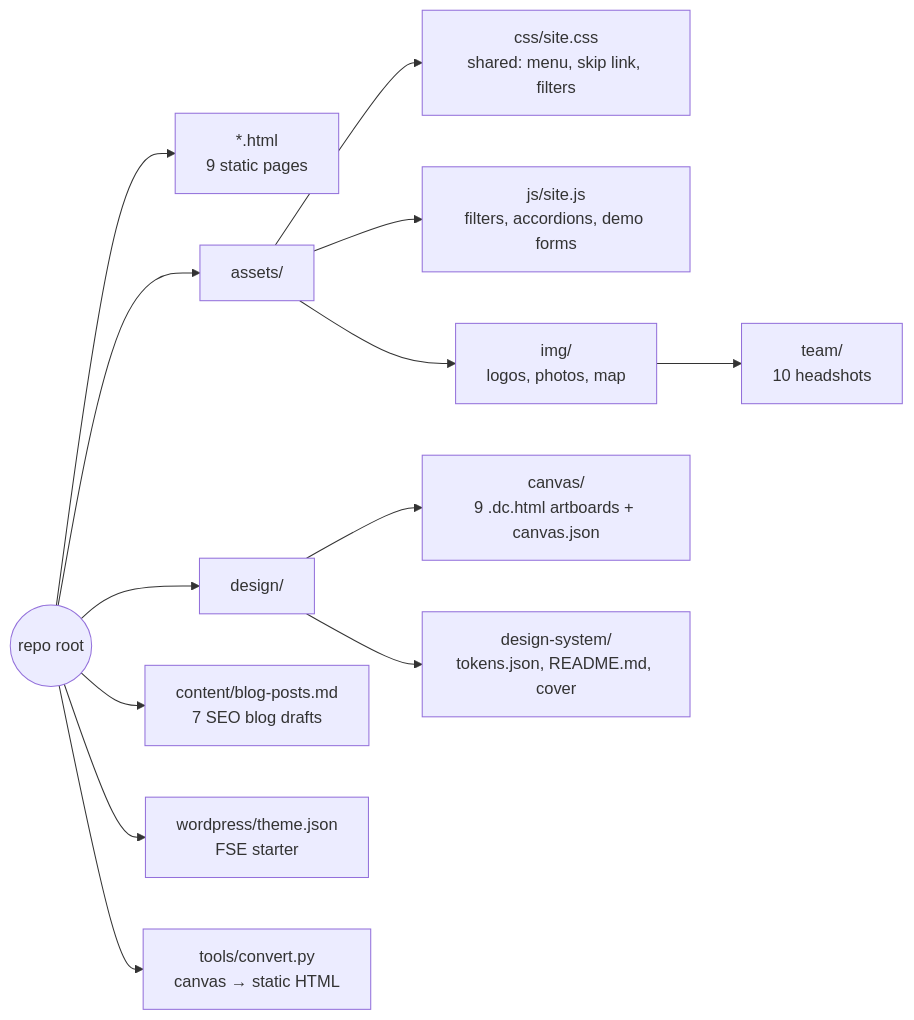
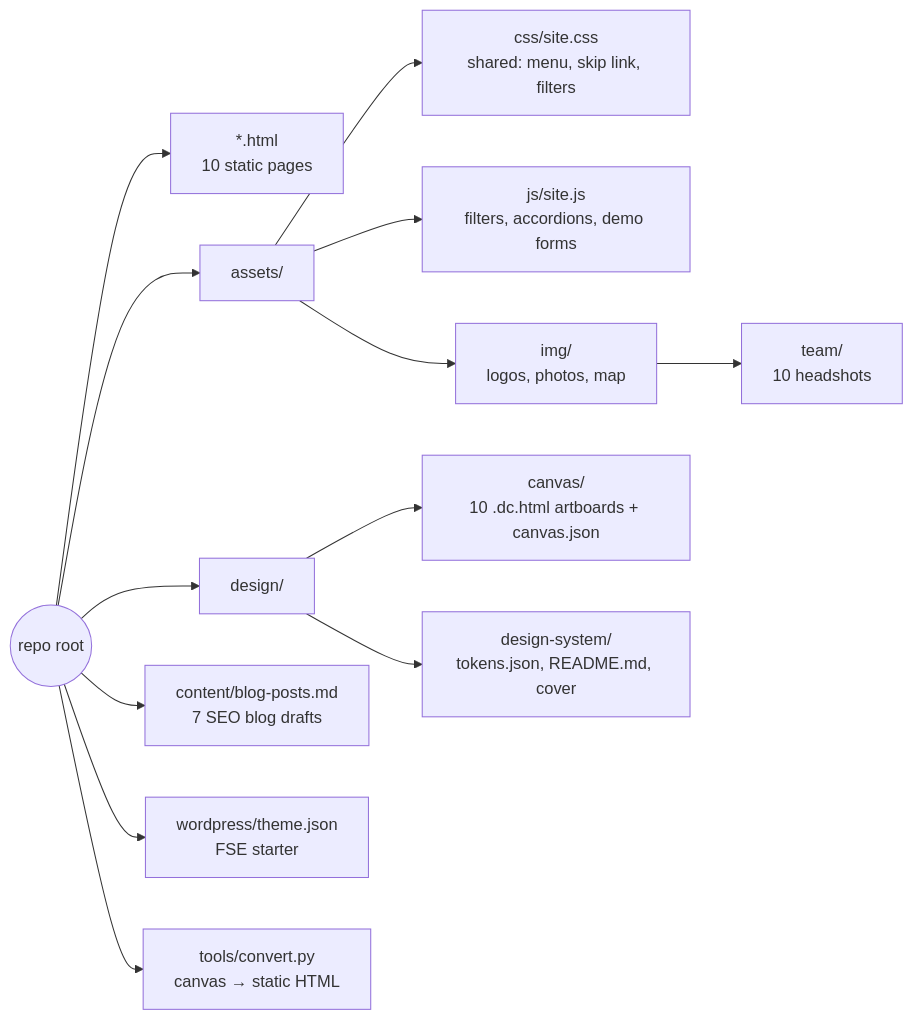
Before and after one commit to CptNope/Alpha-Preclinical: the third of 8 diagrams in README.md, drawn with Mermaid. The commit also changed other lines of this file and 22 other files, not shown here.

````diff
--- a/README.md
+++ b/README.md
@@ -117,15 +120,15 @@
 ```mermaid
 flowchart LR
-    R(("repo root")) --> P["*.html<br/>9 static pages"]
+    R(("repo root")) --> P["*.html<br/>10 static pages"]
     R --> AS["assets/"]
     AS --> CSS["css/site.css<br/>shared: menu, skip link, filters"]
     AS --> JS["js/site.js<br/>filters, accordions, demo forms"]
     AS --> IMG["img/<br/>logos, photos, map"]
     IMG --> TEAM["team/<br/>10 headshots"]
     R --> DS["design/"]
-    DS --> CV["canvas/<br/>9 .dc.html artboards + canvas.json"]
+    DS --> CV["canvas/<br/>10 .dc.html artboards + canvas.json"]
     DS --> SYS["design-system/<br/>tokens.json, README.md, cover"]
     R --> CT["content/blog-posts.md<br/>7 SEO blog drafts"]
     R --> WP["wordpress/theme.json<br/>FSE starter"]
     R --> TL["tools/convert.py<br/>canvas → static HTML"]
 ```
````
